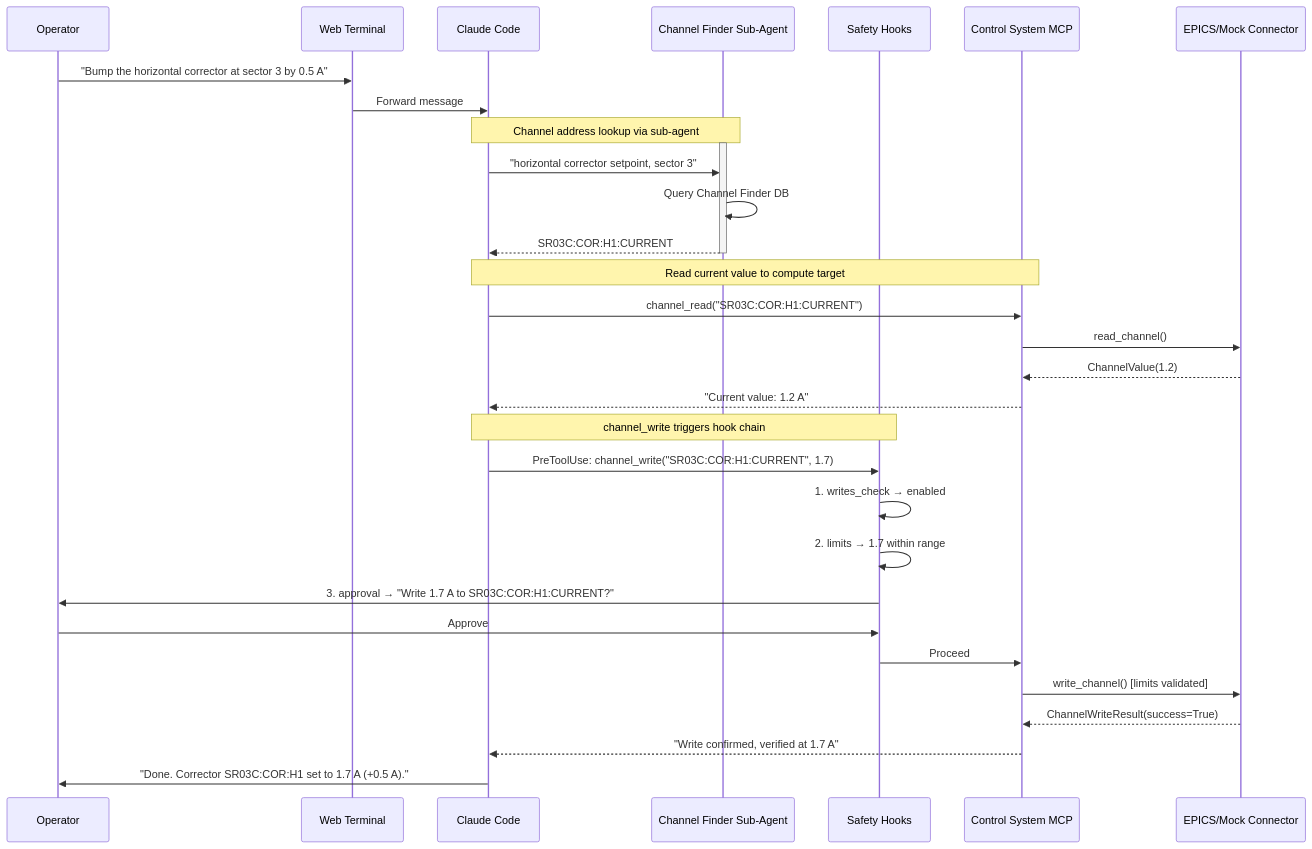
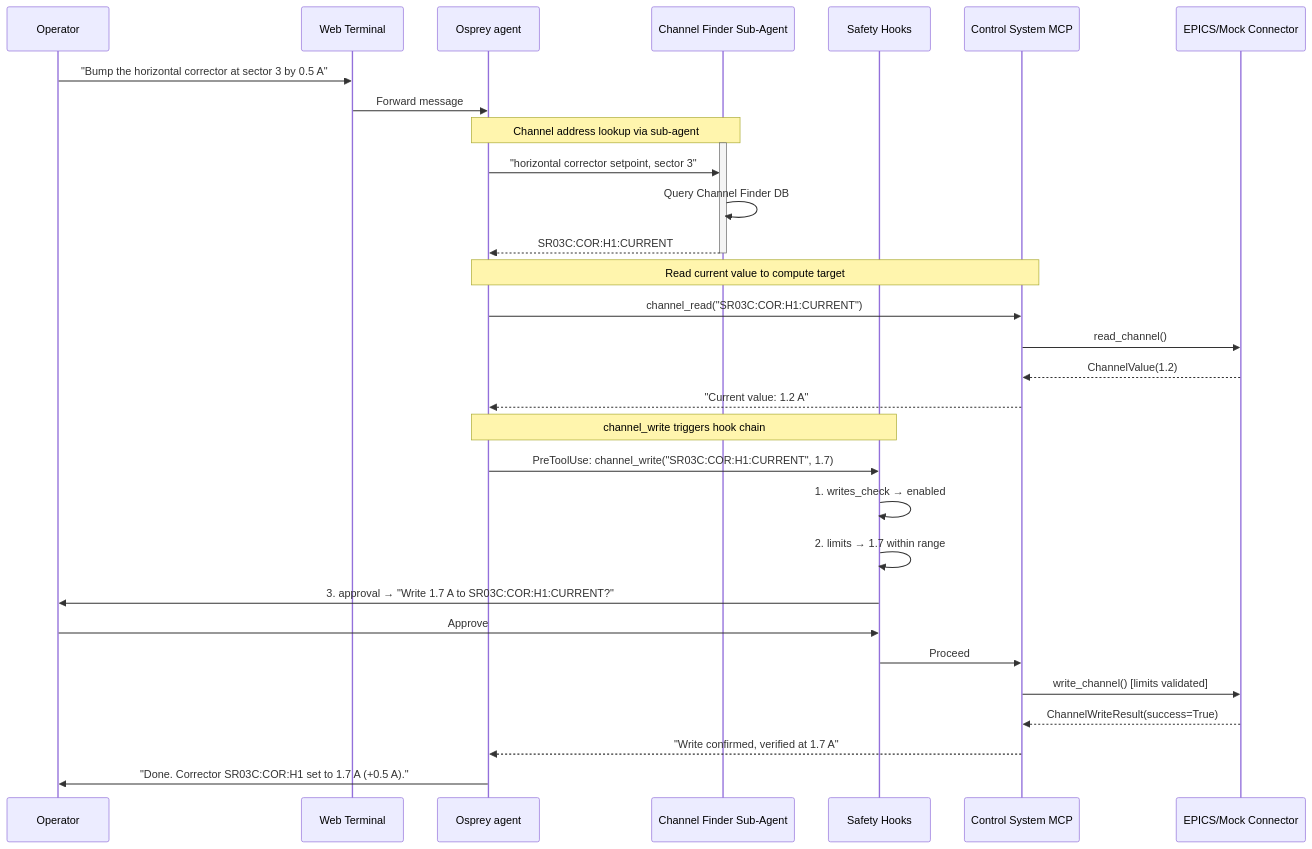
Before and after one commit to als-apg/osprey: the third of 3 diagrams in _sources/architecture/index.rst, drawn with Mermaid. The commit also changed other lines of this file and 117 other files, not shown here.

```diff
--- a/_sources/architecture/index.rst
+++ b/_sources/architecture/index.rst
@@ -63,38 +63,38 @@
 .. mermaid::
 
    sequenceDiagram
        participant Op as Operator
        participant WT as Web Terminal
-       participant CC as Claude Code
+       participant CC as Osprey agent
        participant CF as Channel Finder Sub-Agent
        participant H as Safety Hooks
        participant CS as Control System MCP
        participant Conn as EPICS/Mock Connector
 
        Op->>WT: "Bump the horizontal corrector at sector 3 by 0.5 A"
        WT->>CC: Forward message
 
        Note over CC,CF: Channel address lookup via sub-agent
        activate CF
        CC->>CF: "horizontal corrector setpoint, sector 3"
        CF->>CF: Query Channel Finder DB
        CF-->>CC: SR03C:COR:H1:CURRENT
        deactivate CF
 
        Note over CC,CS: Read current value to compute target
        CC->>CS: channel_read("SR03C:COR:H1:CURRENT")
        CS->>Conn: read_channel()
        Conn-->>CS: ChannelValue(1.2)
        CS-->>CC: "Current value: 1.2 A"
 
        Note over CC,H: channel_write triggers hook chain
        CC->>H: PreToolUse: channel_write("SR03C:COR:H1:CURRENT", 1.7)
        H->>H: 1. writes_check → enabled
        H->>H: 2. limits → 1.7 within range
        H->>Op: 3. approval → "Write 1.7 A to SR03C:COR:H1:CURRENT?"
        Op->>H: Approve
        H->>CS: Proceed
        CS->>Conn: write_channel() [limits validated]
        Conn-->>CS: ChannelWriteResult(success=True)
        CS-->>CC: "Write confirmed, verified at 1.7 A"
        CC->>Op: "Done. Corrector SR03C:COR:H1 set to 1.7 A (+0.5 A)."
```
